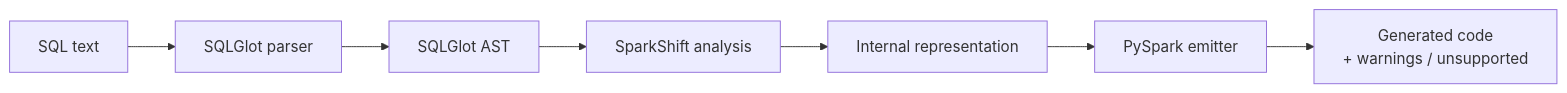
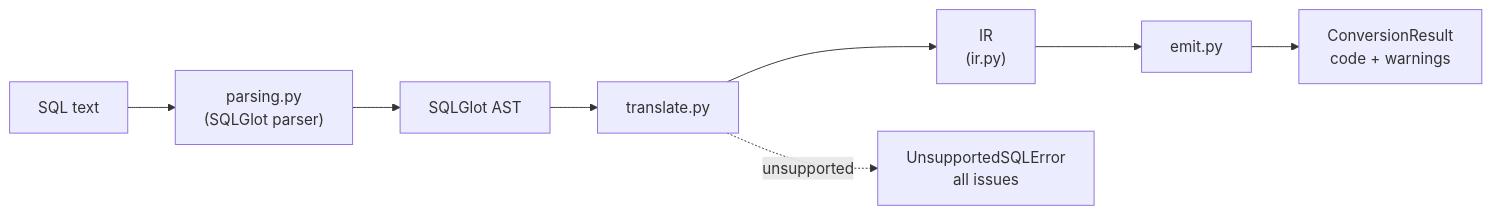
Before and after one commit to ArttGrantollii/sparkshift: the second of 2 diagrams in docs/architecture.md, drawn with Mermaid. The commit also changed other lines of this file and 15 other files, not shown here.

````diff
--- a/docs/architecture.md
+++ b/docs/architecture.md
@@ -23,9 +23,10 @@
 ```mermaid
 flowchart LR
-    SQL[SQL text] --> Parse[SQLGlot parser]
+    SQL[SQL text] --> Parse["parsing.py<br/>(SQLGlot parser)"]
     Parse --> AST[SQLGlot AST]
-    AST --> Analyze[SparkShift analysis]
-    Analyze --> IR[Internal representation]
-    IR --> Emit[PySpark emitter]
-    Emit --> Result[Generated code<br/>+ warnings / unsupported]
+    AST --> Translate[translate.py]
+    Translate --> IR["IR<br/>(ir.py)"]
+    IR --> Emit[emit.py]
+    Emit --> Result["ConversionResult<br/>code + warnings"]
+    Translate -. unsupported .-> Error[UnsupportedSQLError<br/>all issues]
 ```
````
